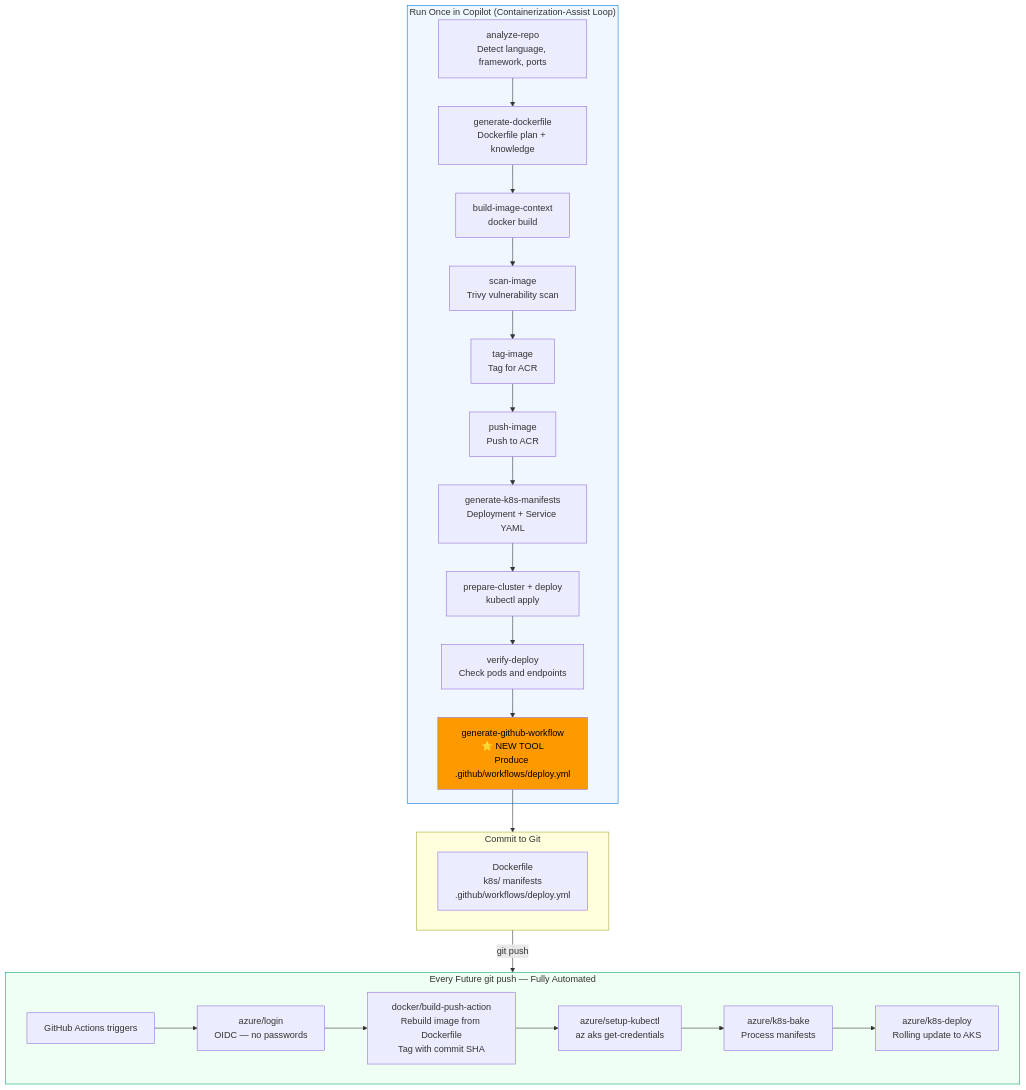
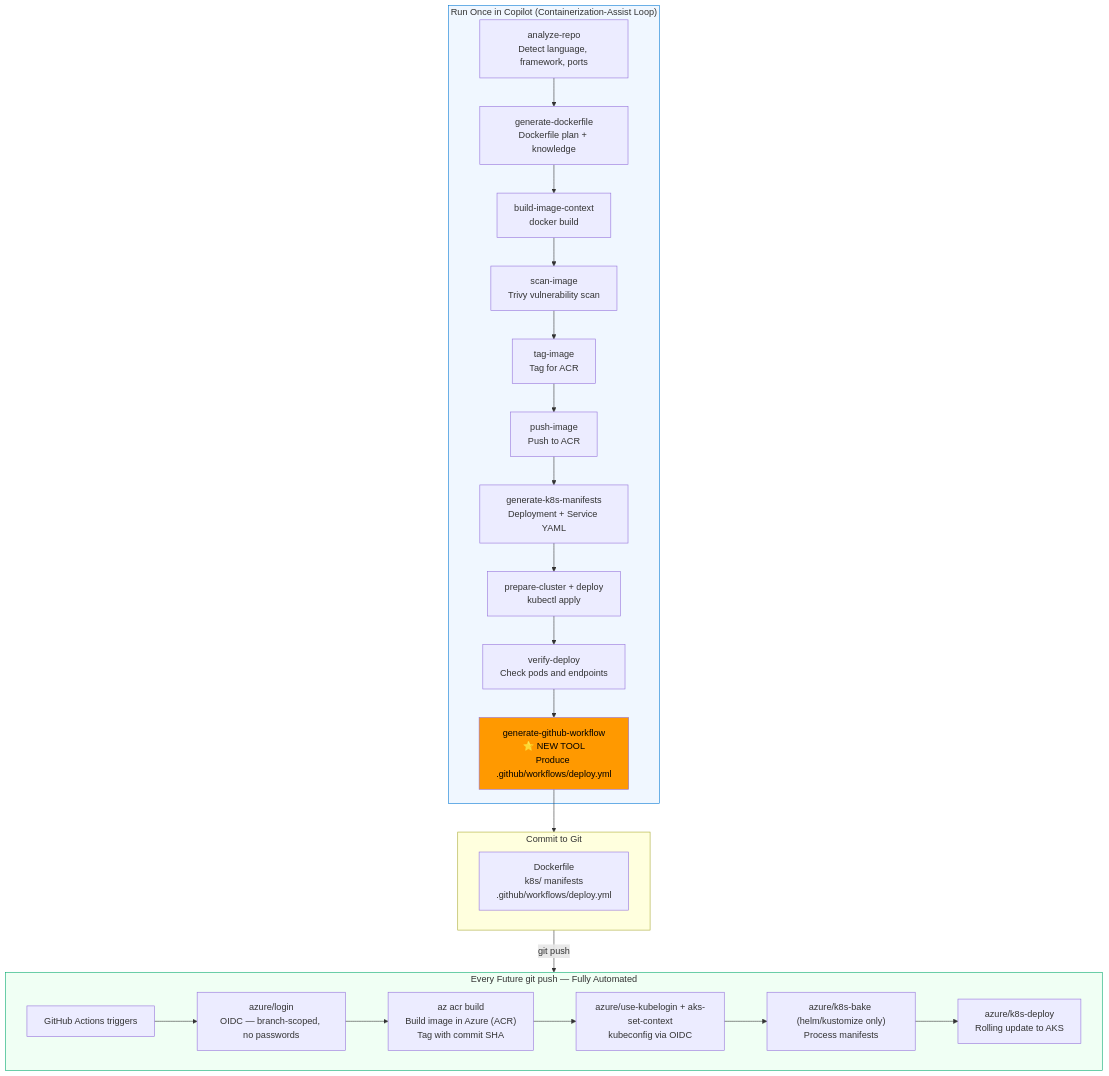
The diagram in plan-generateGithubWorkflow.md (Azure/containerization-assist), drawn with Mermaid before and after one commit. The commit also changed other lines of this file and 7 other files, not shown here.

````diff
--- a/plan-generateGithubWorkflow.md
+++ b/plan-generateGithubWorkflow.md
@@ -118,35 +131,35 @@
 ```mermaid
 flowchart TD
     subgraph ONCE["Run Once in Copilot (Containerization-Assist Loop)"]
         A[analyze-repo\nDetect language, framework, ports] 
         --> B[generate-dockerfile\nDockerfile plan + knowledge]
         --> C[build-image-context\ndocker build]
         --> D[scan-image\nTrivy vulnerability scan]
         --> E[tag-image\nTag for ACR]
         --> F[push-image\nPush to ACR]
         --> G[generate-k8s-manifests\nDeployment + Service YAML]
         --> H[prepare-cluster + deploy\nkubectl apply]
         --> I[verify-deploy\nCheck pods and endpoints]
         --> J[generate-github-workflow\n⭐ NEW TOOL\nProduce .github/workflows/deploy.yml]
     end
 
     subgraph COMMIT["Commit to Git"]
         K[Dockerfile\nk8s/ manifests\n.github/workflows/deploy.yml]
     end
 
     subgraph AUTO["Every Future git push — Fully Automated"]
         L[GitHub Actions triggers]
-        --> M["azure/login<br/>OIDC — no passwords"]
-        --> N["docker/build-push-action<br/>Rebuild image from Dockerfile<br/>Tag with commit SHA"]
-        --> O["azure/setup-kubectl<br/>az aks get-credentials"]
-        --> P["azure/k8s-bake<br/>Process manifests"]
+        --> M["azure/login<br/>OIDC — branch-scoped, no passwords"]
+        --> N["az acr build<br/>Build image in Azure (ACR)<br/>Tag with commit SHA"]
+        --> O["azure/use-kubelogin + aks-set-context<br/>kubeconfig via OIDC"]
+        --> P["azure/k8s-bake (helm/kustomize only)<br/>Process manifests"]
         --> Q["azure/k8s-deploy<br/>Rolling update to AKS"]
     end
 
     J --> COMMIT
     COMMIT -->|git push| AUTO
 
     style J fill:#f90,color:#000
     style ONCE fill:#f0f7ff,stroke:#0078d4
     style AUTO fill:#f0fff4,stroke:#00a86b
 ```
````
